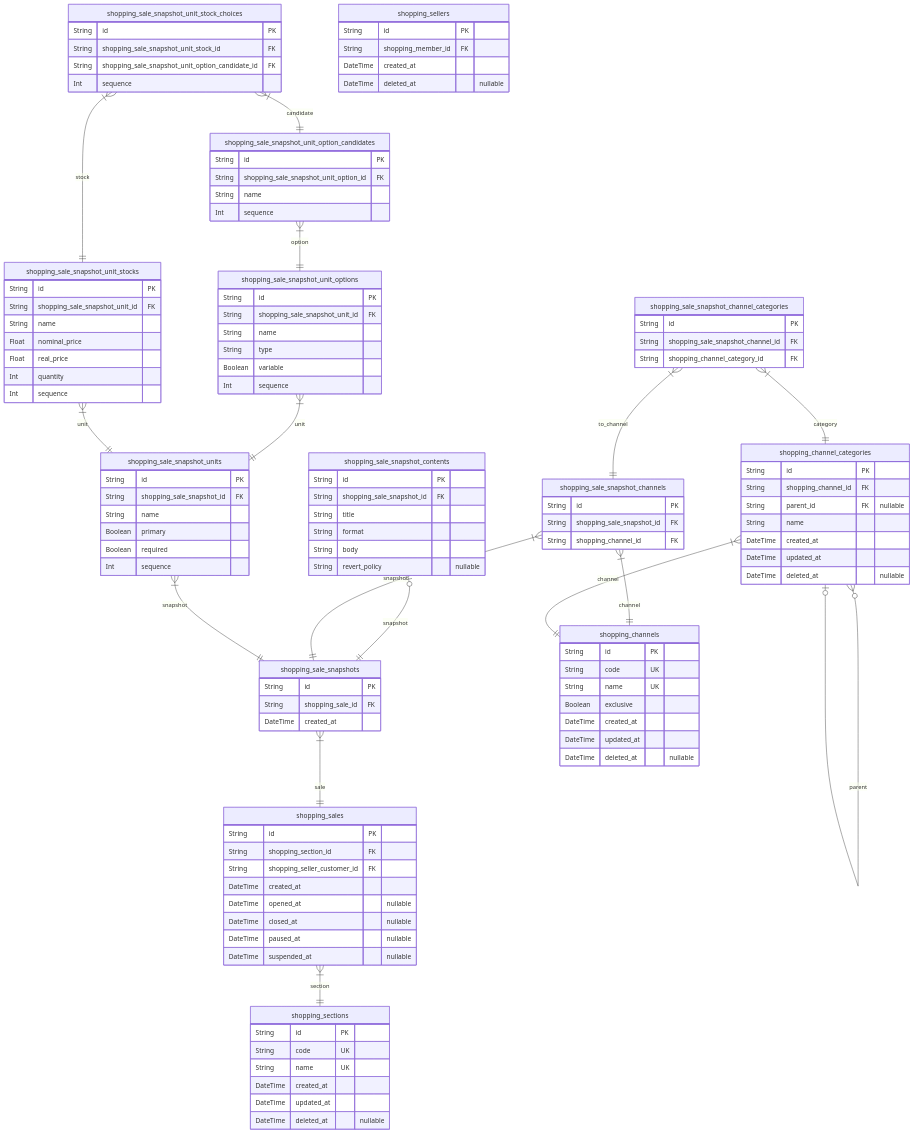
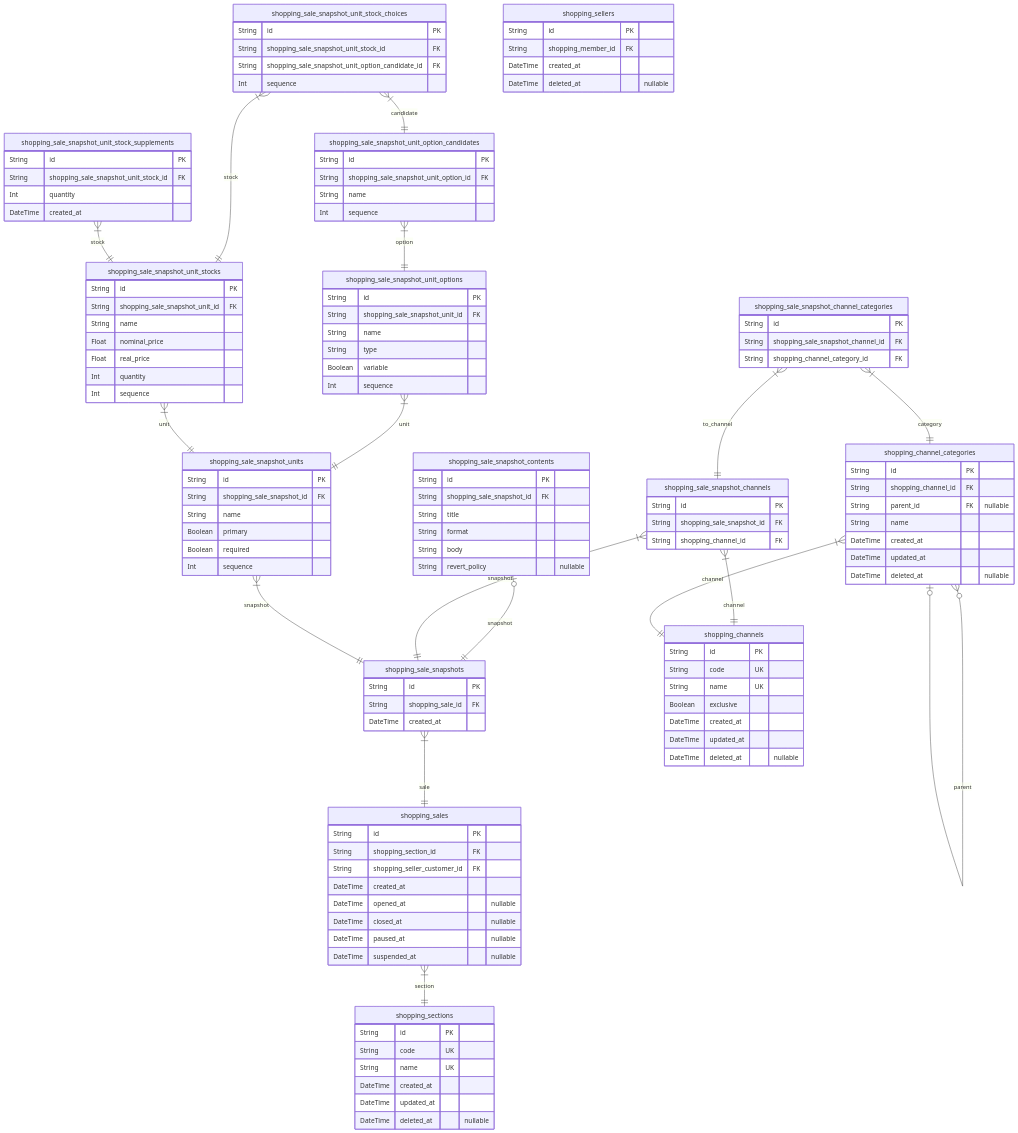
One commit to samchon/prisma-markdown changed the fourth of 9 diagrams in ERD.md. Above: the diagram before and after it, drawn with Mermaid. The commit also changed other lines of this file and 1 other file, not shown here.

Commit message:
Advance example ERD

````diff
--- a/ERD.md
+++ b/ERD.md
@@ -788,6 +787,12 @@
     String shopping_sale_snapshot_unit_option_candidate_id FK
     Int sequence
 }
+"shopping_sale_snapshot_unit_stock_supplements" {
+    String id PK
+    String shopping_sale_snapshot_unit_stock_id FK
+    Int quantity
+    DateTime created_at
+}
 "shopping_channels" {
     String id PK
     String code UK
@@ -833,6 +838,7 @@
 "shopping_sale_snapshot_unit_stocks" }|--|| "shopping_sale_snapshot_units" : unit
 "shopping_sale_snapshot_unit_stock_choices" }|--|| "shopping_sale_snapshot_unit_stocks" : stock
 "shopping_sale_snapshot_unit_stock_choices" }|--|| "shopping_sale_snapshot_unit_option_candidates" : candidate
+"shopping_sale_snapshot_unit_stock_supplements" }|--|| "shopping_sale_snapshot_unit_stocks" : stock
 "shopping_channel_categories" }|--|| "shopping_channels" : channel
 "shopping_channel_categories" }o--o| "shopping_channel_categories" : parent
 ```
````
